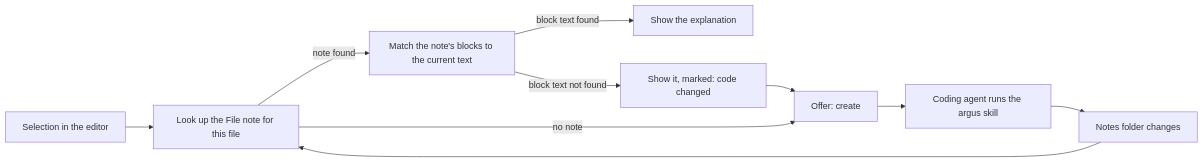
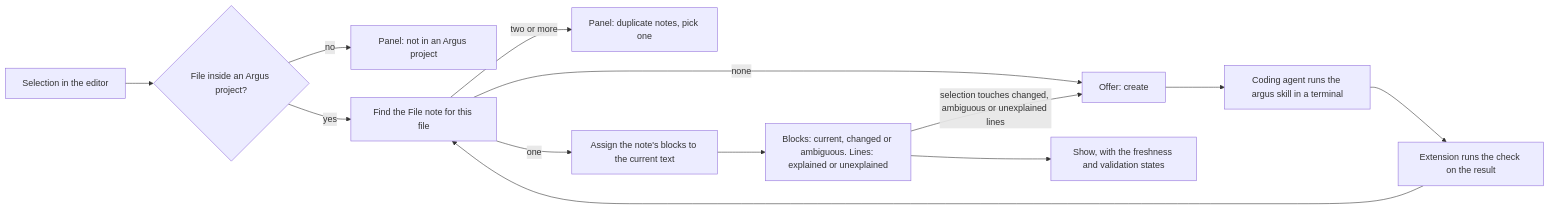
One commit to ortimusirig/argus changed the diagram in docs/design/2026-11-15-vscode-extension-design.md. Above: the diagram before and after it, drawn with Mermaid. The commit also changed other lines of this file, not shown here.

Commit message:
Extension design, revision 2: answers Codex round 1 (3 P1, 5 P2)

````diff
--- a/docs/design/2026-11-15-vscode-extension-design.md
+++ b/docs/design/2026-11-15-vscode-extension-design.md
@@ -24,12 +39,15 @@
 ```mermaid
 flowchart LR
-    S[Selection in the editor] --> L[Look up the File note for this file]
-    L -->|note found| M[Match the note's blocks to the current text]
-    L -->|no note| C[Offer: create]
-    M -->|block text found| P[Show the explanation]
-    M -->|block text not found| O[Show it, marked: code changed]
-    O --> C
-    C --> A[Coding agent runs the argus skill]
-    A --> N[Notes folder changes]
-    N --> L
+    S[Selection in the editor] --> P{File inside an Argus project?}
+    P -->|no| X[Panel: not in an Argus project]
+    P -->|yes| L[Find the File note for this file]
+    L -->|none| C[Offer: create]
+    L -->|two or more| D[Panel: duplicate notes, pick one]
+    L -->|one| M[Assign the note's blocks to the current text]
+    M --> T[Blocks: current, changed or ambiguous. Lines: explained or unexplained]
+    T --> V[Show, with the freshness and validation states]
+    T -->|selection touches changed, ambiguous or unexplained lines| C
+    C --> A[Coding agent runs the argus skill in a terminal]
+    A --> K[Extension runs the check on the result]
+    K --> L
 ```
````
